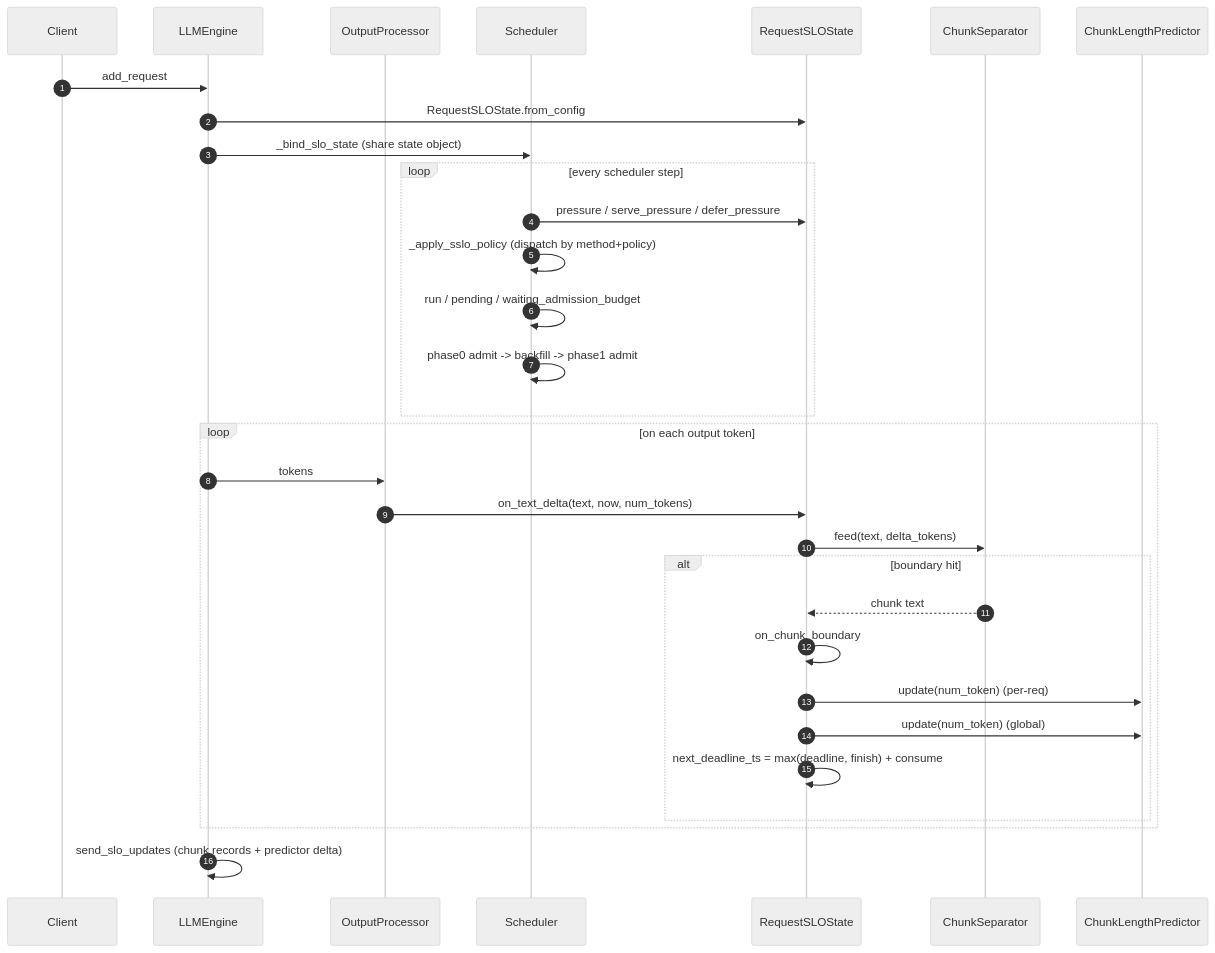
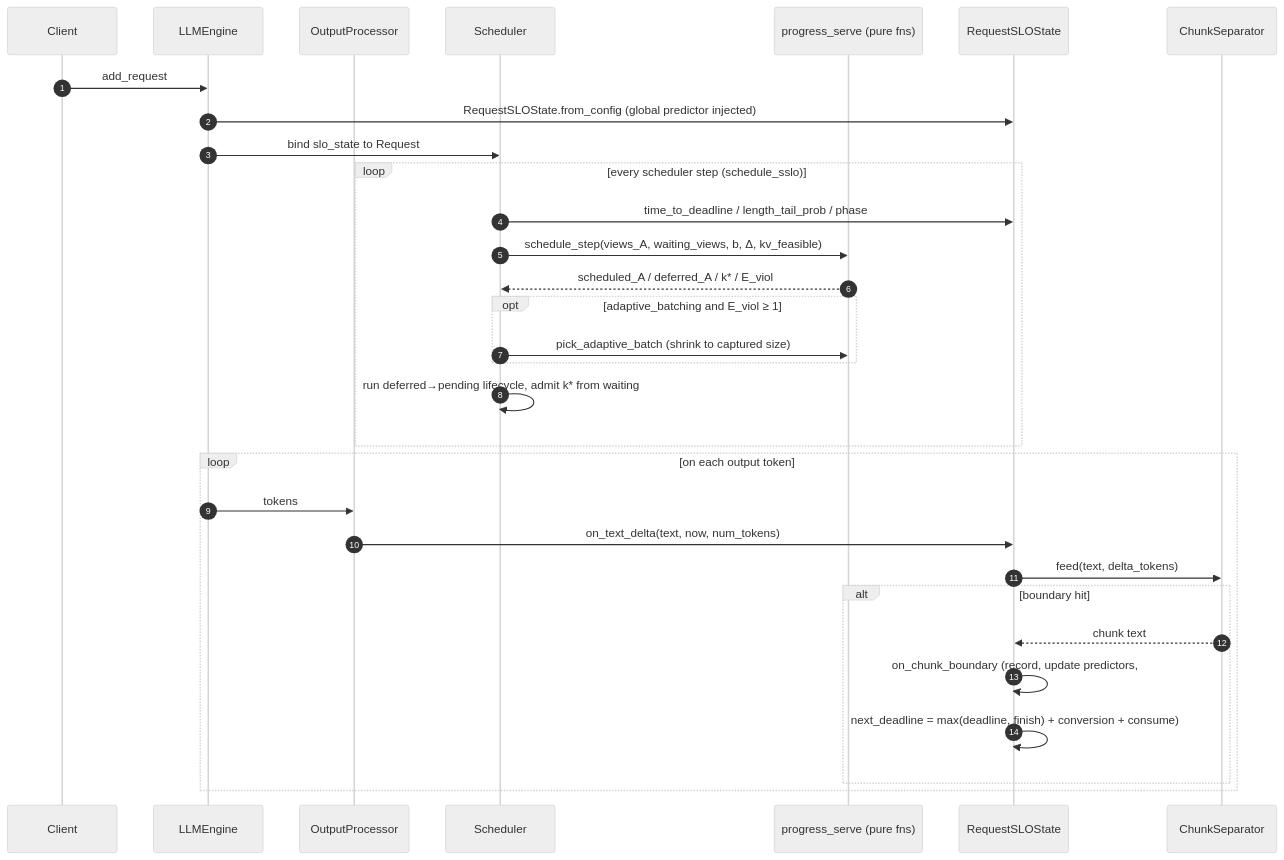
One commit to SungBalance/Sentence-SLO changed the diagram in vllm/vllm/sslo/README.md. Above: the diagram before and after it, drawn with Mermaid (neutral theme). The commit also changed other lines of this file and 22 other files, not shown here.

````diff
--- a/vllm/vllm/sslo/README.md
+++ b/vllm/vllm/sslo/README.md
@@ -52,37 +60,36 @@
 ```mermaid
 sequenceDiagram
     autonumber
     participant Client
     participant Engine as LLMEngine
     participant OutProc as OutputProcessor
     participant Sched as Scheduler
+    participant PS as progress_serve (pure fns)
     participant State as RequestSLOState
     participant Sep as ChunkSeparator
-    participant Pred as ChunkLengthPredictor
 
     Client->>Engine: add_request
-    Engine->>State: RequestSLOState.from_config
-    Engine->>Sched: _bind_slo_state (share state object)
+    Engine->>State: RequestSLOState.from_config (global predictor injected)
+    Engine->>Sched: bind slo_state to Request
 
-    loop every scheduler step
-        Sched->>State: pressure / serve_pressure / defer_pressure
-        Sched->>Sched: _apply_sslo_policy (dispatch by method+policy)
-        Sched->>Sched: run / pending / waiting_admission_budget
-        Sched->>Sched: phase0 admit -> backfill -> phase1 admit
+    loop every scheduler step (schedule_sslo)
+        Sched->>State: time_to_deadline / length_tail_prob / phase
+        Sched->>PS: schedule_step(views_A, waiting_views, b, Δ, kv_feasible)
+        PS-->>Sched: scheduled_A / deferred_A / k* / E_viol
+        opt adaptive_batching and E_viol ≥ 1
+            Sched->>PS: pick_adaptive_batch (shrink to captured size)
+        end
+        Sched->>Sched: run deferred→pending lifecycle, admit k* from waiting
     end
 
     loop on each output token
         Engine->>OutProc: tokens
         OutProc->>State: on_text_delta(text, now, num_tokens)
         State->>Sep: feed(text, delta_tokens)
         alt boundary hit
             Sep-->>State: chunk text
-            State->>State: on_chunk_boundary
-            State->>Pred: update(num_token)  (per-req)
-            State->>Pred: update(num_token)  (global)
-            State->>State: next_deadline_ts = max(deadline, finish) + consume
+            State->>State: on_chunk_boundary (record, update predictors,
+            State->>State: next_deadline = max(deadline, finish) + conversion + consume)
         end
     end
-
-    Engine->>Engine: send_slo_updates (chunk records + predictor delta)
 ```
````
